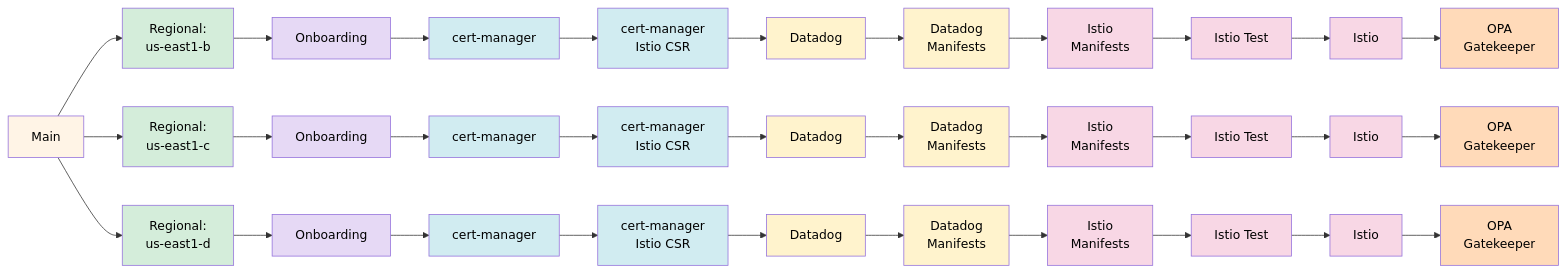
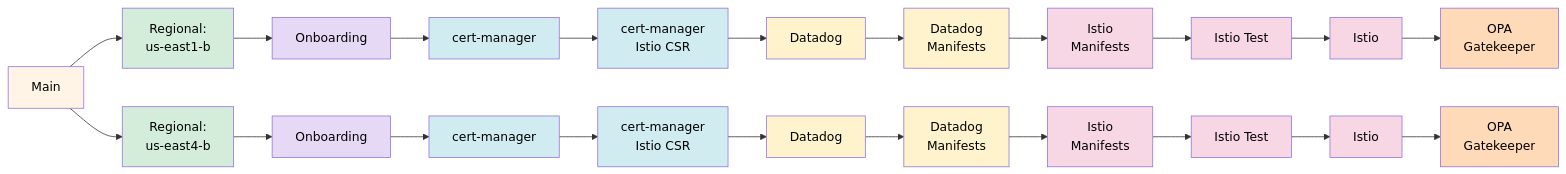
The diagram in README.md (osinfra-io/pt-pneuma), drawn with Mermaid before and after one commit. The commit also changed other lines of this file and 11 other files, not shown here.

````diff
--- a/README.md
+++ b/README.md
@@ -85,76 +83,56 @@
 ```mermaid
 graph LR
     B[Main]
 
     B --> C1[Regional:<br/>us-east1-b]
-    B --> C2[Regional:<br/>us-east1-c]
-    B --> C3[Regional:<br/>us-east1-d]
+    B --> C2[Regional:<br/>us-east4-b]
 
     C1 --> D1[Onboarding]
     C2 --> D2[Onboarding]
-    C3 --> D3[Onboarding]
 
     D1 --> E1[cert-manager]
     D2 --> E2[cert-manager]
-    D3 --> E3[cert-manager]
 
     E1 --> F1[cert-manager<br/>Istio CSR]
     E2 --> F2[cert-manager<br/>Istio CSR]
-    E3 --> F3[cert-manager<br/>Istio CSR]
 
     F1 --> G1[Datadog]
     F2 --> G2[Datadog]
-    F3 --> G3[Datadog]
 
     G1 --> H1[Datadog<br/>Manifests]
     G2 --> H2[Datadog<br/>Manifests]
-    G3 --> H3[Datadog<br/>Manifests]
 
     H1 --> I1[Istio<br/>Manifests]
     H2 --> I2[Istio<br/>Manifests]
-    H3 --> I3[Istio<br/>Manifests]
 
     I1 --> J1[Istio Test]
     I2 --> J2[Istio Test]
-    I3 --> J3[Istio Test]
 
     J1 --> K1[Istio]
     J2 --> K2[Istio]
-    J3 --> K3[Istio]
 
     K1 --> L1[OPA<br/>Gatekeeper]
     K2 --> L2[OPA<br/>Gatekeeper]
-    K3 --> L3[OPA<br/>Gatekeeper]
 
     style B fill:#fff4e6,color:#000
     style C1 fill:#d4edda,color:#000
     style C2 fill:#d4edda,color:#000
-    style C3 fill:#d4edda,color:#000
     style D1 fill:#e6d9f5,color:#000
     style D2 fill:#e6d9f5,color:#000
-    style D3 fill:#e6d9f5,color:#000
     style E1 fill:#d1ecf1,color:#000
     style E2 fill:#d1ecf1,color:#000
-    style E3 fill:#d1ecf1,color:#000
     style F1 fill:#d1ecf1,color:#000
     style F2 fill:#d1ecf1,color:#000
-    style F3 fill:#d1ecf1,color:#000
     style G1 fill:#fff3cd,color:#000
     style G2 fill:#fff3cd,color:#000
-    style G3 fill:#fff3cd,color:#000
     style H1 fill:#fff3cd,color:#000
     style H2 fill:#fff3cd,color:#000
-    style H3 fill:#fff3cd,color:#000
     style I1 fill:#f8d7e5,color:#000
     style I2 fill:#f8d7e5,color:#000
-    style I3 fill:#f8d7e5,color:#000
     style J1 fill:#f8d7e5,color:#000
     style J2 fill:#f8d7e5,color:#000
-    style J3 fill:#f8d7e5,color:#000
     style K1 fill:#f8d7e5,color:#000
     style K2 fill:#f8d7e5,color:#000
-    style K3 fill:#f8d7e5,color:#000
     style L1 fill:#ffdab9,color:#000
     style L2 fill:#ffdab9,color:#000
-    style L3 fill:#ffdab9,color:#000
 ```
````
